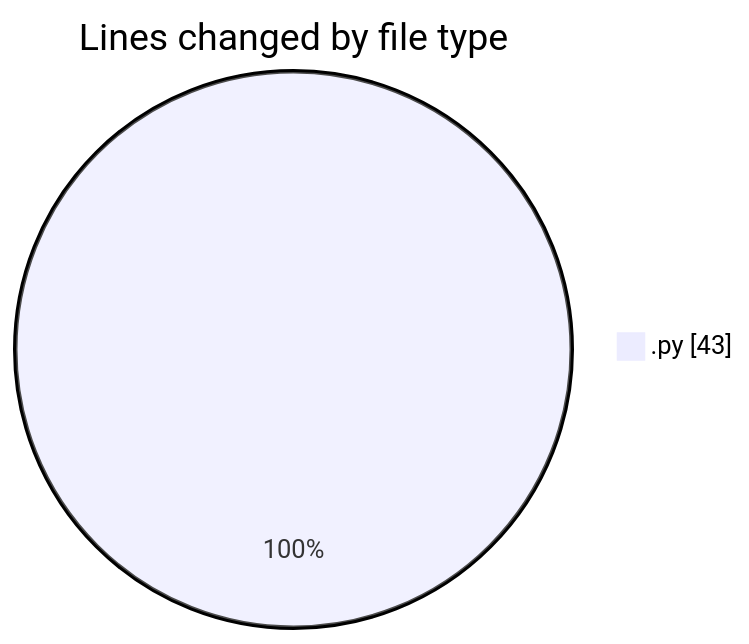
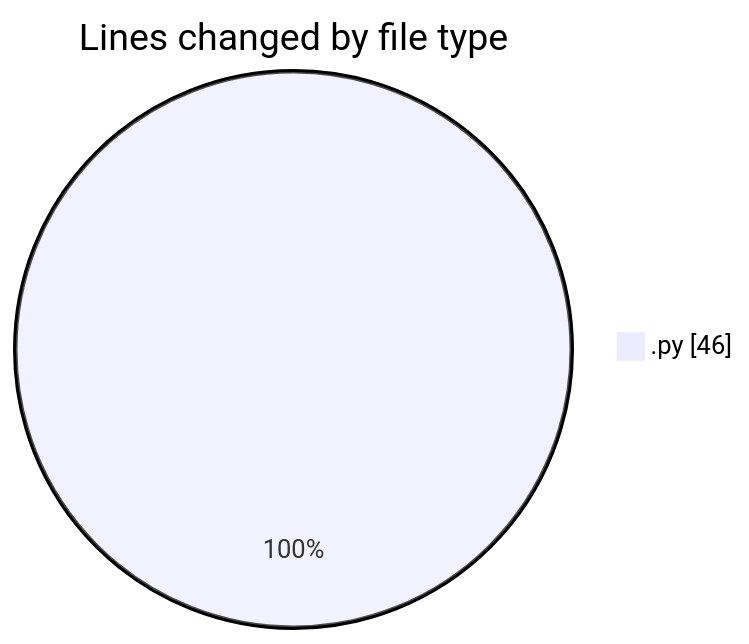
The first of 2 diagrams in 2025-01-12/myws__workspace_/README.md (MatusMokan/code-tracking), drawn with Mermaid before and after one commit. The commit also changed other lines of this file and 1 other file, not shown here.

````diff
--- a/2025-01-12/myws__workspace_/README.md
+++ b/2025-01-12/myws__workspace_/README.md
@@ -20,5 +20,5 @@
 ```mermaid
 pie showData
 title Lines changed by file type
-".py" : 43
+".py" : 46
 ```
````
